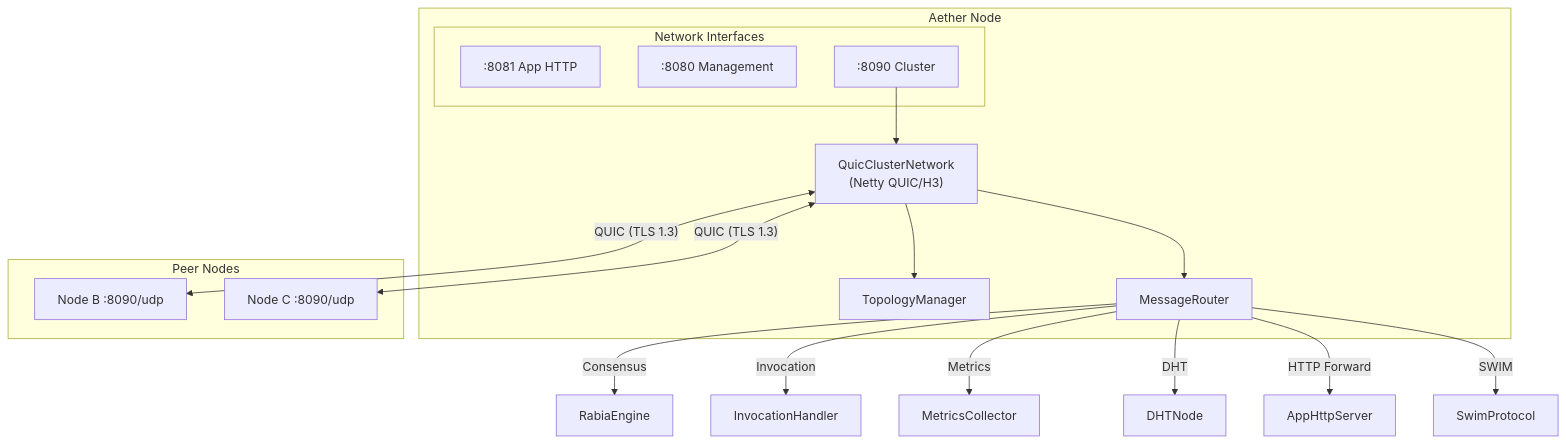
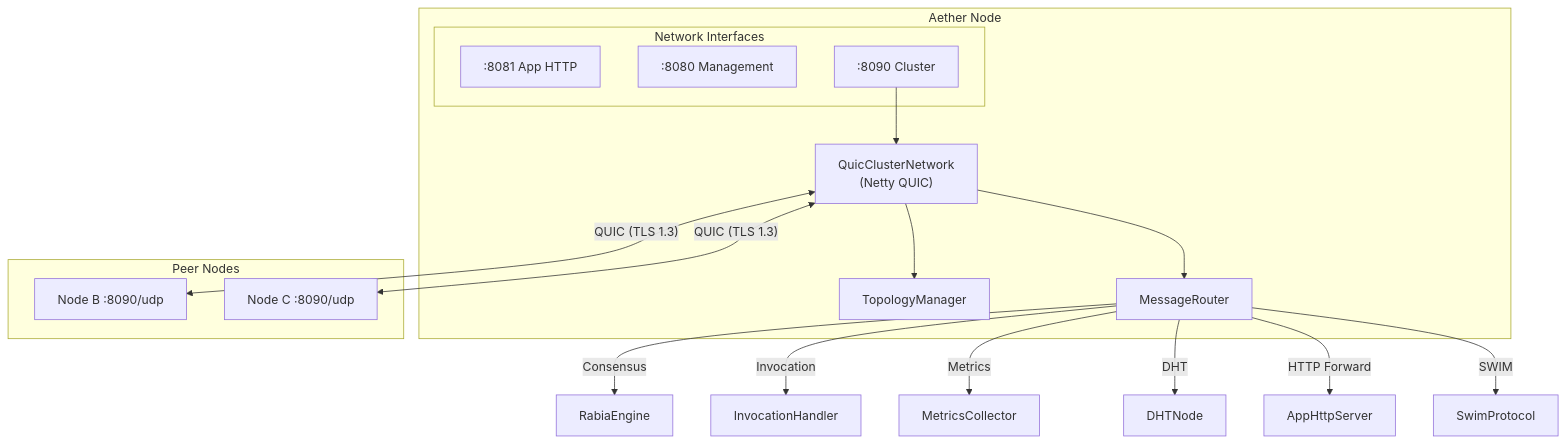
The first of 6 diagrams in aether/docs/architecture/04-networking.md (pragmaticalabs/pragmatica), drawn with Mermaid before and after one commit. The commit also changed other lines of this file and 11 other files, not shown here.

````diff
--- a/aether/docs/architecture/04-networking.md
+++ b/aether/docs/architecture/04-networking.md
@@ -9,33 +9,33 @@
 ```mermaid
 graph TB
     subgraph Node["Aether Node"]
         subgraph Ports["Network Interfaces"]
             APP[":8081 App HTTP"]
             MGMT[":8080 Management"]
             CLUSTER[":8090 Cluster"]
         end
 
-        CN["QuicClusterNetwork<br/>(Netty QUIC/H3)"]
+        CN["QuicClusterNetwork<br/>(Netty QUIC)"]
         TM["TopologyManager"]
         MR["MessageRouter"]
 
         CLUSTER --> CN
         CN --> TM
         CN --> MR
     end
 
     subgraph Peers["Peer Nodes"]
         P1["Node B :8090/udp"]
         P2["Node C :8090/udp"]
     end
 
     CN <-->|"QUIC (TLS 1.3)"| P1
     CN <-->|"QUIC (TLS 1.3)"| P2
 
     MR -->|"Consensus"| Rabia["RabiaEngine"]
     MR -->|"Invocation"| IH["InvocationHandler"]
     MR -->|"Metrics"| MC["MetricsCollector"]
     MR -->|"DHT"| DHT["DHTNode"]
     MR -->|"HTTP Forward"| FWD["AppHttpServer"]
     MR -->|"SWIM"| SWIM["SwimProtocol"]
 ```
````
